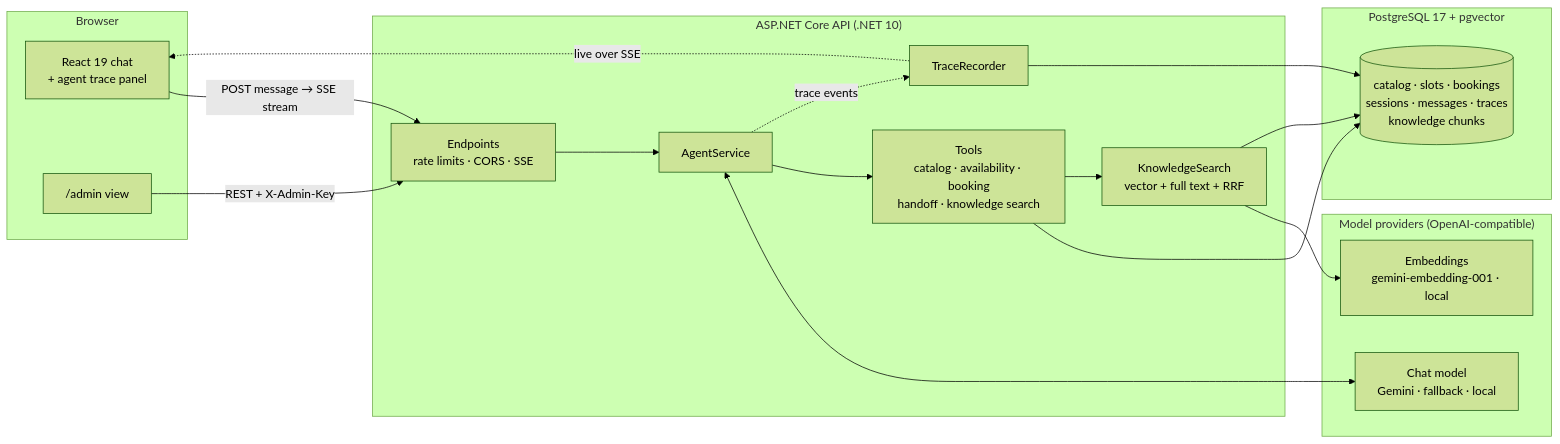
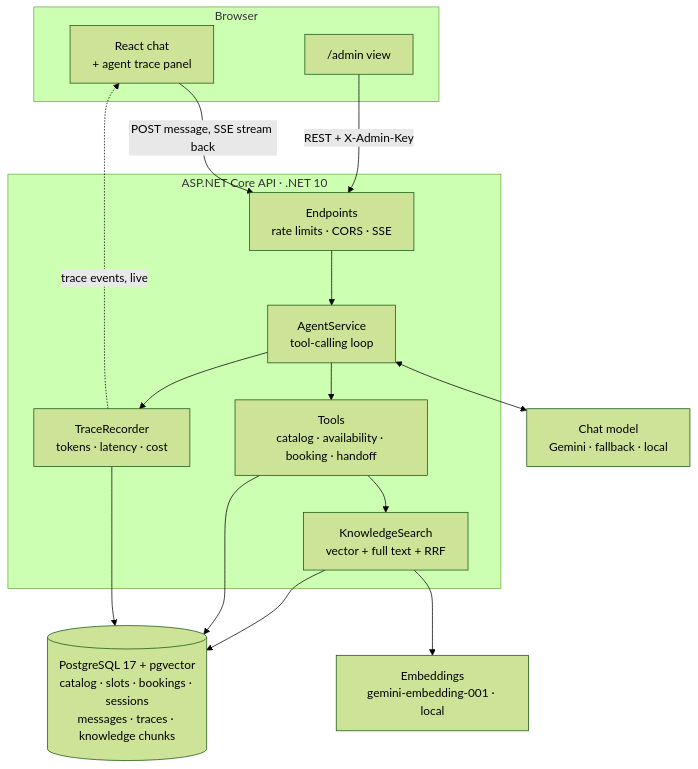
One commit to agustinrojas1/ai-chatbot-dotnet-react changed the first of 5 diagrams in README.md. Above: the diagram before and after it, drawn with Mermaid (forest theme). The commit also changed other lines of this file, not shown here.

Commit message:
README: readable diagrams (vertical overview, RAG in two rows, booking checks with refusal table)

````diff
--- a/README.md
+++ b/README.md
@@ -48,37 +48,32 @@
 ```mermaid
-flowchart LR
+flowchart TB
   subgraph Client["Browser"]
-    UI["React 19 chat<br/>+ agent trace panel"]
+    UI["React chat<br/>+ agent trace panel"]
     ADM["/admin view"]
   end
 
-  subgraph API["ASP.NET Core API (.NET 10)"]
+  subgraph API["ASP.NET Core API · .NET 10"]
     EP["Endpoints<br/>rate limits · CORS · SSE"]
-    AG["AgentService"]
-    TOOLS["Tools<br/>catalog · availability · booking<br/>handoff · knowledge search"]
+    AG["AgentService<br/>tool-calling loop"]
+    TOOLS["Tools<br/>catalog · availability · booking · handoff"]
     KS["KnowledgeSearch<br/>vector + full text + RRF"]
-    TR["TraceRecorder"]
+    TR["TraceRecorder<br/>tokens · latency · cost"]
   end
 
-  subgraph Data["PostgreSQL 17 + pgvector"]
-    DB[("catalog · slots · bookings<br/>sessions · messages · traces<br/>knowledge chunks")]
-  end
+  LLM["Chat model<br/>Gemini · fallback · local"]
+  EMB["Embeddings<br/>gemini-embedding-001 · local"]
+  DB[("PostgreSQL 17 + pgvector<br/>catalog · slots · bookings · sessions<br/>messages · traces · knowledge chunks")]
 
-  subgraph Providers["Model providers (OpenAI-compatible)"]
-    LLM["Chat model<br/>Gemini · fallback · local"]
-    EMB["Embeddings<br/>gemini-embedding-001 · local"]
-  end
-
-  UI -- "POST message → SSE stream" --> EP
+  UI -- "POST message, SSE stream back" --> EP
   ADM -- "REST + X-Admin-Key" --> EP
   EP --> AG
   AG <--> LLM
   AG --> TOOLS
-  TOOLS --> DB
+  AG --> TR
   TOOLS --> KS
   KS --> EMB
+  TOOLS --> DB
   KS --> DB
-  AG -. "trace events" .-> TR
   TR --> DB
-  TR -. "live over SSE" .-> UI
+  TR -. "trace events, live" .-> UI
 ```
````
